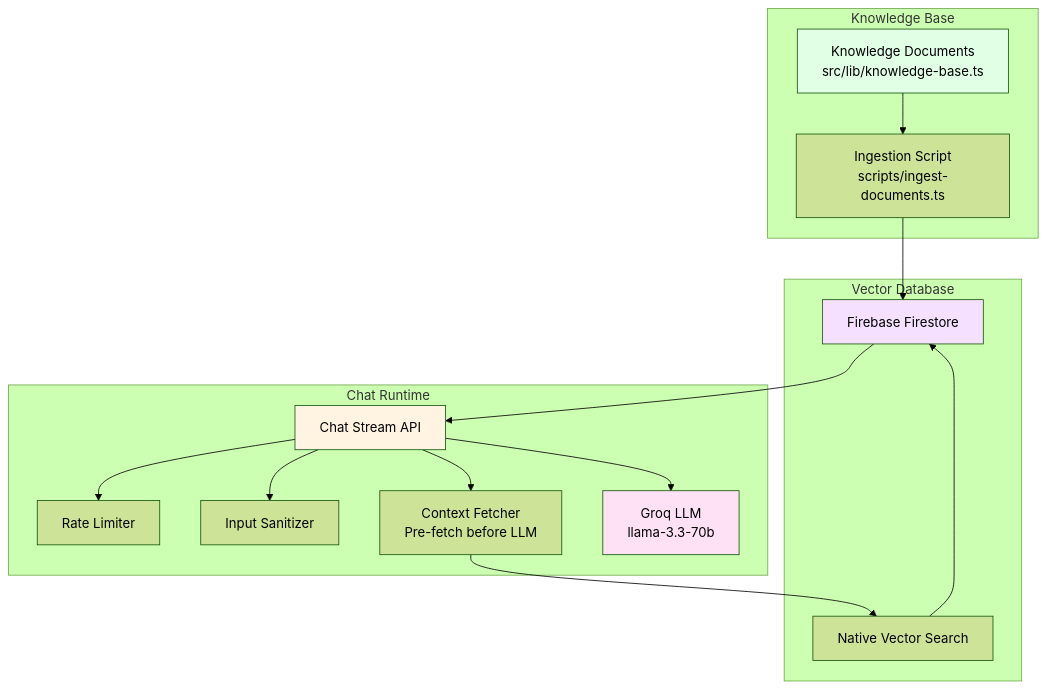
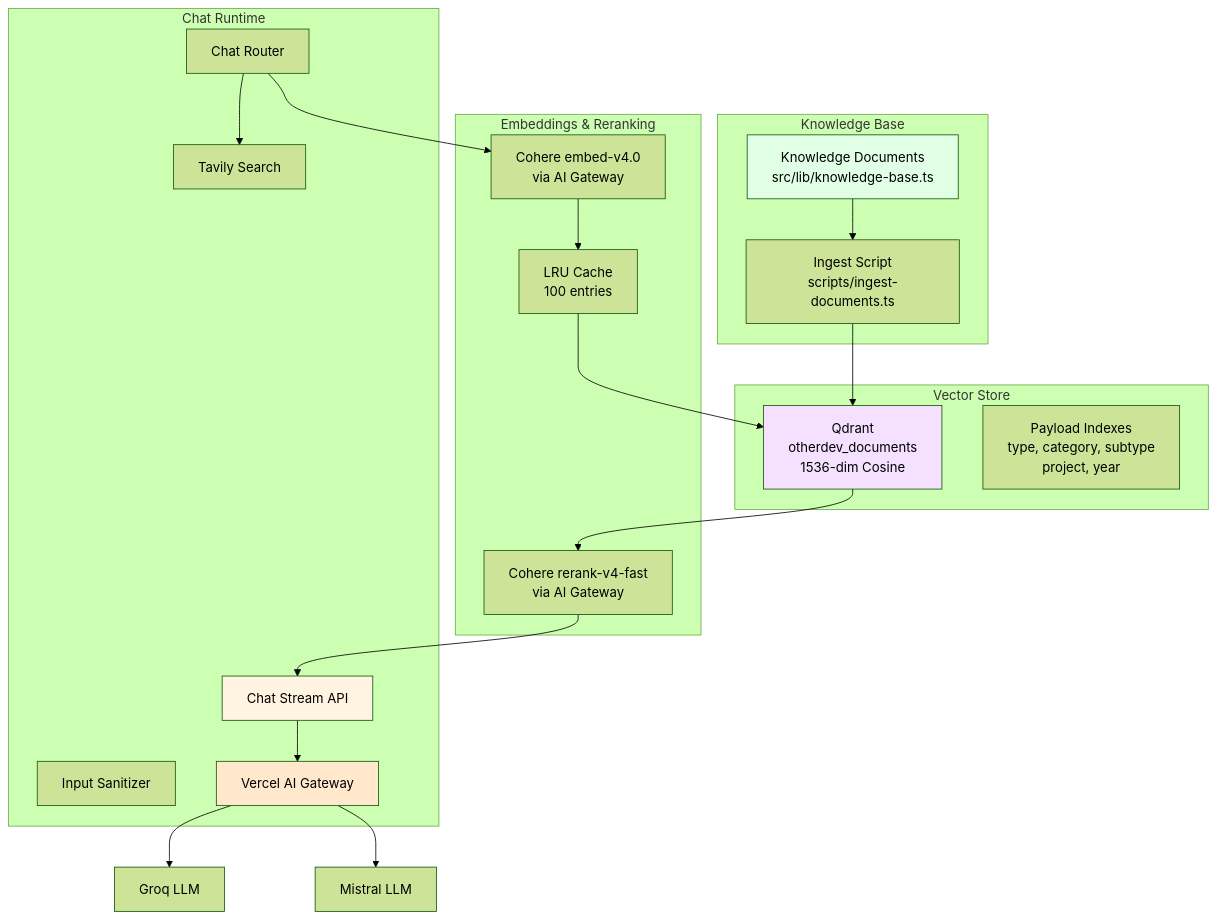
One commit to ossaidqadri/otherdev.web-02 changed the eighth of 10 diagrams in web/docs/ARCHITECTURE.md. Above: the diagram before and after it, drawn with Mermaid (forest theme). The commit also changed other lines of this file and 4 other files, not shown here.

First line of the commit message:
docs: comprehensive update to reflect current architecture

````diff
--- a/web/docs/ARCHITECTURE.md
+++ b/web/docs/ARCHITECTURE.md
@@ -512,36 +658,47 @@
 ```mermaid
 graph TB
     subgraph "Knowledge Base"
-        Docs[Knowledge Documents<br/>src/lib/knowledge-base.ts]
-        Ingest[Ingestion Script<br/>scripts/ingest-documents.ts]
+        KB[Knowledge Documents<br/>src/lib/knowledge-base.ts]
+        Ingest[Ingest Script<br/>scripts/ingest-documents.ts]
     end
 
-    subgraph "Vector Database"
-        Firebase[Firebase Firestore]
-        VectorSearch[Native Vector Search]
+    subgraph "Vector Store"
+        Qdrant[Qdrant<br/>otherdev_documents<br/>1536-dim Cosine]
+        Payloads[Payload Indexes<br/>type, category, subtype<br/>project, year]
+    end
+
+    subgraph "Embeddings & Reranking"
+        CohereEmbed[Cohere embed-v4.0<br/>via AI Gateway]
+        CohereRerank[Cohere rerank-v4-fast<br/>via AI Gateway]
+        LRUCache[LRU Cache<br/>100 entries]
     end
 
     subgraph "Chat Runtime"
         API[Chat Stream API]
-        RL[Rate Limiter]
+        Router[Chat Router]
         Sanitize[Input Sanitizer]
-        ContextFetch[Context Fetcher<br/>Pre-fetch before LLM]
-        Groq[Groq LLM<br/>llama-3.3-70b]
+        Gateway[Vercel AI Gateway]
+        Tavily[Tavily Search]
     end
 
-    Docs --> Ingest
-    Ingest --> Firebase
+    KB --> Ingest
+    Ingest --> Qdrant
 
-    API --> RL
-    API --> Sanitize
-    API --> ContextFetch
-    ContextFetch --> VectorSearch
-    VectorSearch --> Firebase
-    Firebase --> API
-    API --> Groq
+    Router --> CohereEmbed
+    CohereEmbed --> LRUCache
+    LRUCache --> Qdrant
 
-    style Docs fill:#e1ffe4
-    style Firebase fill:#f5e1ff
+    Qdrant --> CohereRerank
+    CohereRerank --> API
+
+    API --> Gateway
+    Gateway --> GroqGroq[Groq LLM]
+    Gateway --> Mistral[Mistral LLM]
+
+    Router --> Tavily
+
+    style KB fill:#e1ffe4
+    style Qdrant fill:#f5e1ff
+    style Gateway fill:#ffe8cc
     style API fill:#fff4e1
-    style Groq fill:#ffe1f5
 ```
````
